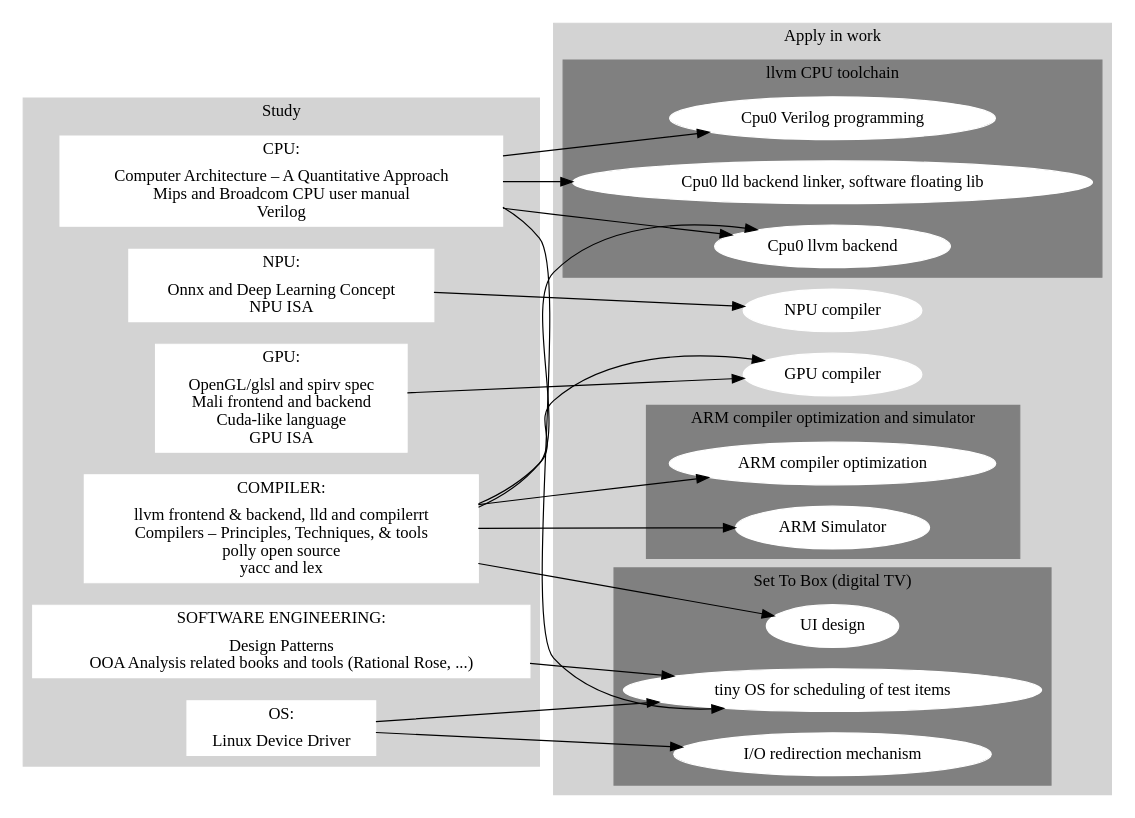
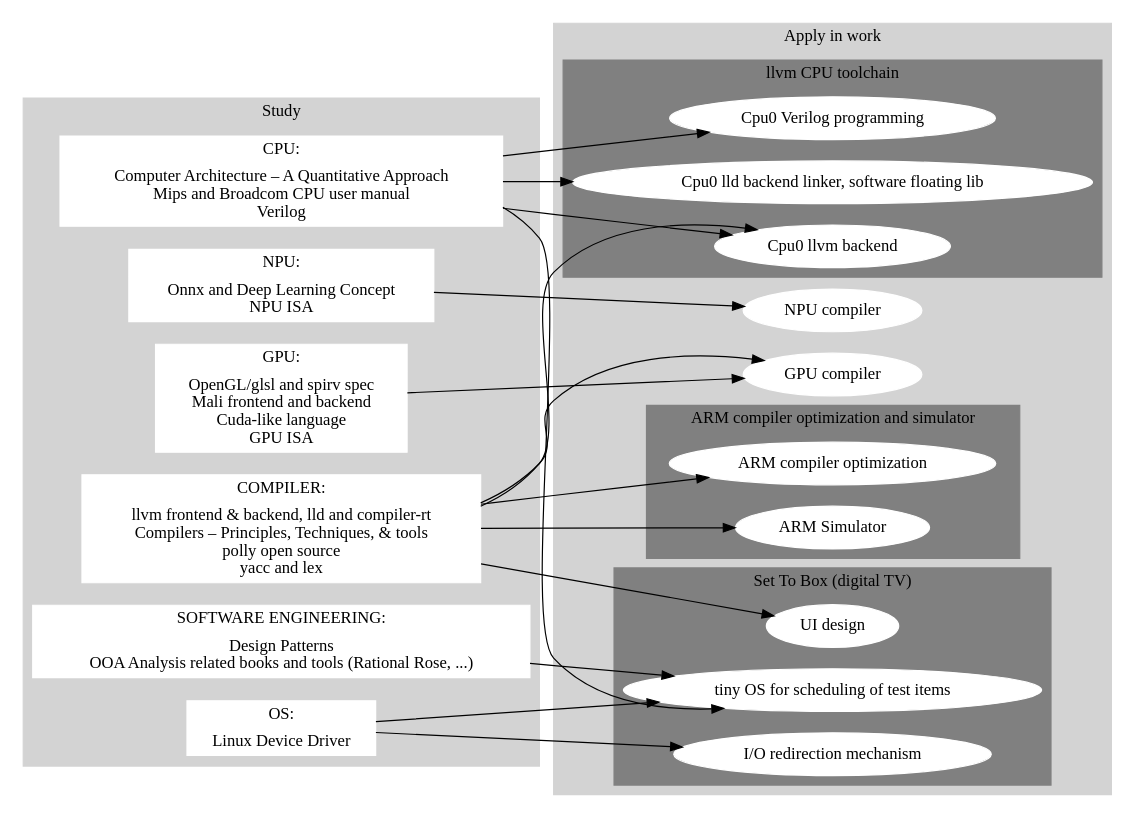
The diagram in images/study_and_apply.gv (Jonathan2251/ws), drawn with Graphviz before and after one commit. The commit also changed 8 other files, not shown here.

```diff
--- a/images/study_and_apply.gv
+++ b/images/study_and_apply.gv
@@ -1,62 +1,62 @@
 // Free usage license, author: Chung-Shu Chen 陳鍾樞
 
 digraph G {
 
   rankdir=LR;
   subgraph cluster_0 {
     style=filled;
     label = "Study";
     node [shape=record,style=filled,color=white]; CPU [label="CPU:|Computer Architecture – A Quantitative Approach\nMips and Broadcom CPU user manual\nVerilog"];
     node [shape=record,style=filled,color=white]; GPU [label="GPU:|OpenGL/glsl and spirv spec\nMali frontend and backend\nCuda-like language\nGPU ISA"];
     node [shape=record,style=filled,color=white]; NPU [label="NPU:|Onnx and Deep Learning Concept\nNPU ISA"];
-    node [style=filled,color=white]; COMPILER [label="COMPILER:|llvm frontend & backend, lld and compilerrt\nCompilers – Principles, Techniques, & tools\npolly open source\nyacc and lex"];
+    node [style=filled,color=white]; COMPILER [label="COMPILER:|llvm frontend & backend, lld and compiler-rt\nCompilers – Principles, Techniques, & tools\npolly open source\nyacc and lex"];
     node [style=filled,color=white]; OS [label="OS:|Linux Device Driver"]; 
     node [style=filled,color=white]; "SOFTWARE ENGINEERING" [label="SOFTWARE ENGINEERING:|Design Patterns\nOOA Analysis related books and tools (Rational Rose, ...)"]; 
     color=lightgrey;
   }
   subgraph cluster_1 {
     style=filled;
     color=lightgrey;
     label = "Apply in work";
     subgraph cluster_1_1 {
       color=gray;
       label = "llvm CPU toolchain";
       node [style=filled,color=white]; backend [label="Cpu0 llvm backend"];
       node [style=filled,color=white]; linker [label="Cpu0 lld backend linker, software floating lib"];
       node [style=filled,color=white]; verilog [label="Cpu0 Verilog programming"];
     }
     subgraph cluster_1_2 {
       color=gray;
       label = "ARM compiler optimization and simulator";
       node [style=filled,color=white]; armopt [label="ARM compiler optimization"];
       node [style=filled,color=white]; armsim [label="ARM Simulator"];
     }
     node [style=filled,color=white]; gpucompiler [label="GPU compiler"];
     node [style=filled,color=white]; npucompiler [label="NPU compiler"];
     subgraph cluster_1_3 {
       color=gray;
       label = "Set To Box (digital TV)";
       //node [style=filled,color=white]; codewarrior [label="Find the bug of Code Warrior's compiler"];
       node [style=filled,color=white]; tinyos [label="tiny OS for scheduling of test items"];
       node [style=filled,color=white]; ui [label="UI design"];
       node [style=filled,color=white]; io [label="I/O redirection mechanism"];
     }
   }
   CPU -> verilog;
   //CPU -> codewarrior;
   CPU -> tinyos;
   CPU -> backend;
   CPU -> linker;
   GPU -> gpucompiler;
   NPU -> npucompiler;
   COMPILER -> backend;
   COMPILER -> gpucompiler;
   COMPILER -> armopt;
   COMPILER -> armsim;
   //COMPILER -> codewarrior;
   COMPILER -> ui;
   OS -> tinyos;
   OS -> io;
   "SOFTWARE ENGINEERING" -> tinyos;
 
 }
```
